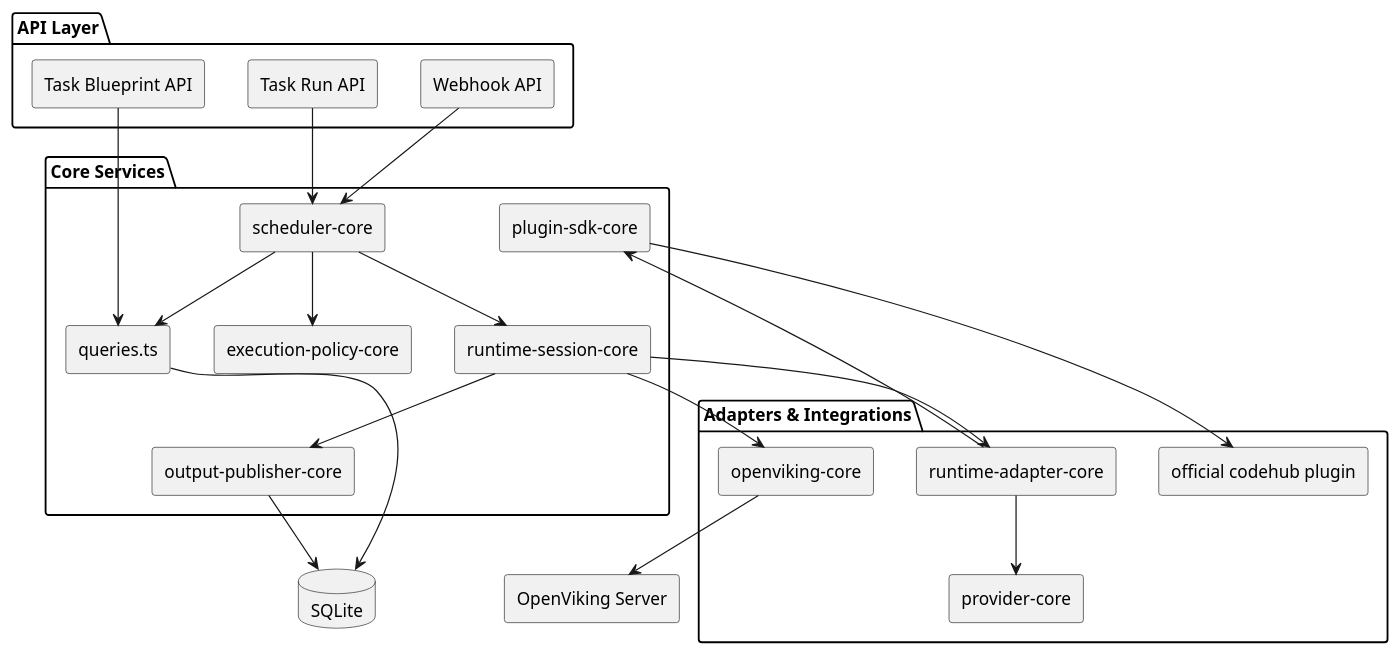
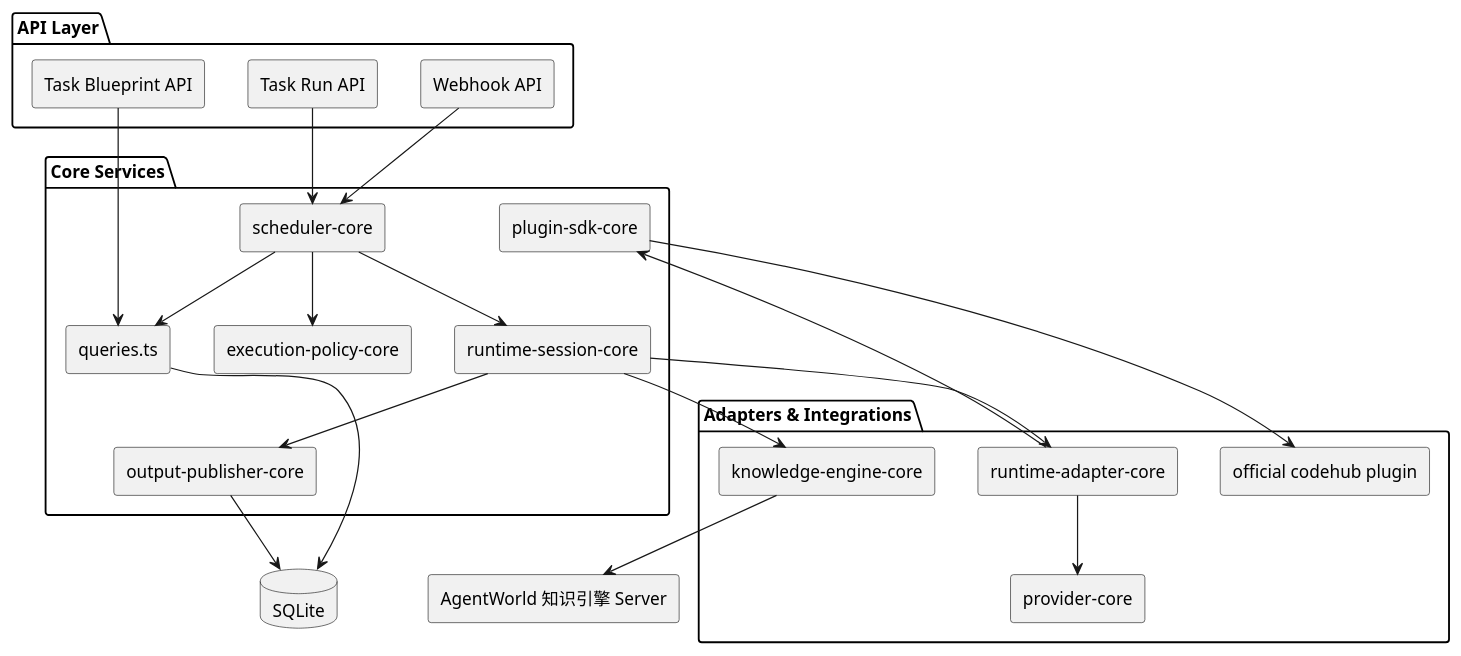
The fourth of 5 diagrams in docs/system-design-detailed.zh-CN.md (SimonMing47/agent-world), drawn with PlantUML before and after one commit. The commit also changed other lines of this file and 224 other files, not shown here.

Commit message:
Replace OpenViking with native knowledge engine

````diff
--- a/docs/system-design-detailed.zh-CN.md
+++ b/docs/system-design-detailed.zh-CN.md
@@ -308,46 +308,46 @@
 ```plantuml
 @startuml
 skinparam componentStyle rectangle
 
 package "API Layer" {
   [Task Blueprint API]
   [Task Run API]
   [Webhook API]
 }
 
 package "Core Services" {
   [queries.ts]
   [scheduler-core]
   [runtime-session-core]
   [execution-policy-core]
   [output-publisher-core]
   [plugin-sdk-core]
 }
 
 package "Adapters & Integrations" {
   [runtime-adapter-core]
   [provider-core]
-  [openviking-core]
+  [knowledge-engine-core]
   [official codehub plugin]
 }
 
 database "SQLite" as DB
-component "OpenViking Server" as OV
+component "AgentWorld 知识引擎 Server" as OV
 
 [Task Blueprint API] --> [queries.ts]
 [Task Run API] --> [scheduler-core]
 [Webhook API] --> [scheduler-core]
 [scheduler-core] --> [queries.ts]
 [scheduler-core] --> [runtime-session-core]
 [scheduler-core] --> [execution-policy-core]
 [runtime-session-core] --> [runtime-adapter-core]
 [runtime-adapter-core] --> [provider-core]
 [runtime-adapter-core] --> [plugin-sdk-core]
 [plugin-sdk-core] --> [official codehub plugin]
 [runtime-session-core] --> [output-publisher-core]
-[runtime-session-core] --> [openviking-core]
+[runtime-session-core] --> [knowledge-engine-core]
 [queries.ts] --> DB
 [output-publisher-core] --> DB
-[openviking-core] --> OV
+[knowledge-engine-core] --> OV
 @enduml
 ```
````
